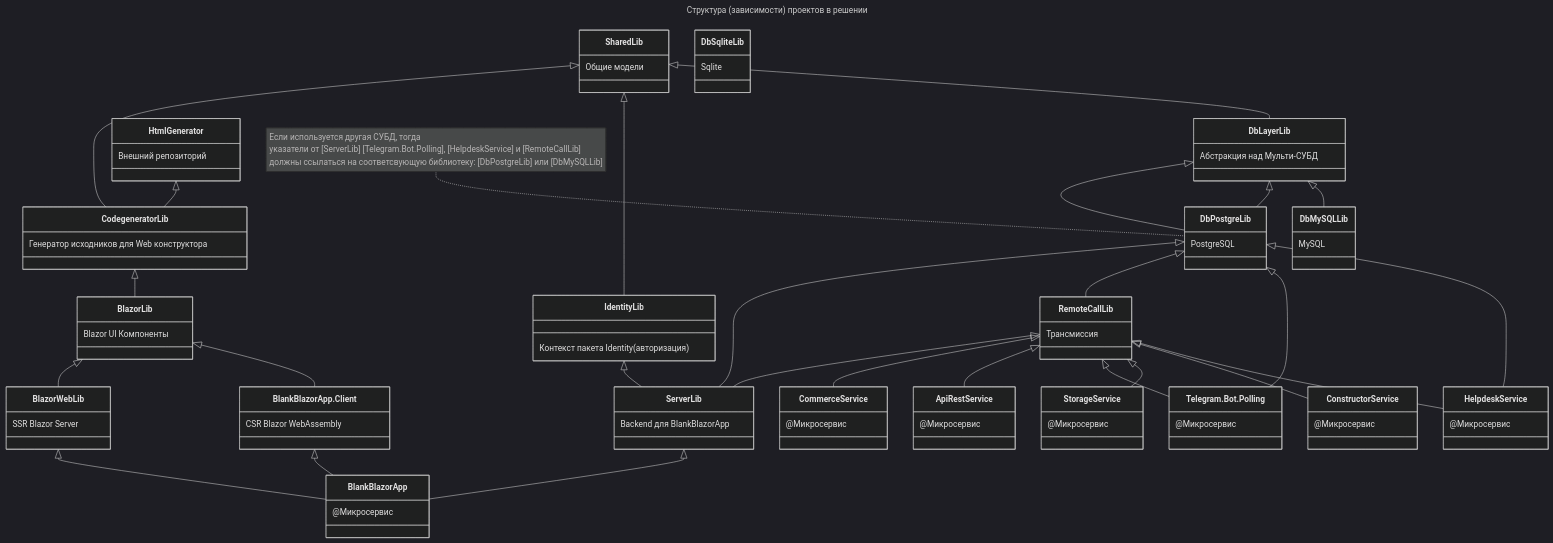
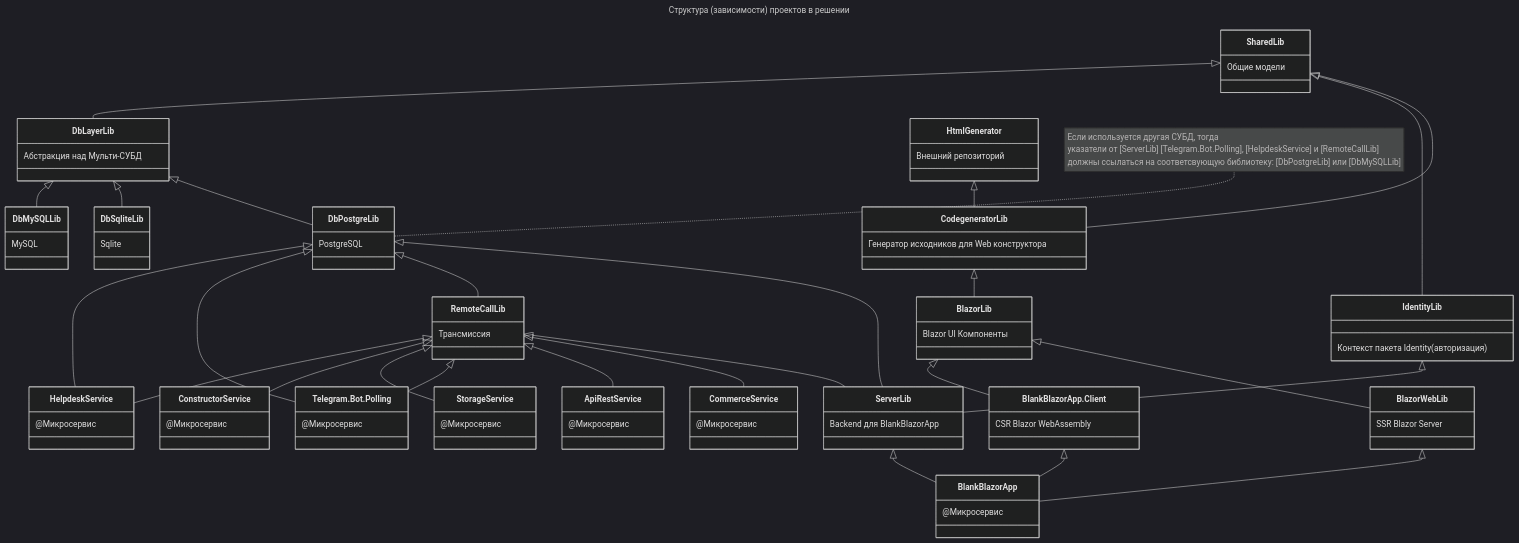
One commit to badhitman/DesignerApp changed the diagram in README.md. Above: the diagram before and after it, drawn with Mermaid (dark theme).

```diff
--- a/README.md
+++ b/README.md
@@ -29,7 +29,7 @@
     CodegeneratorLib <|-- BlazorLib
     HtmlGenerator <|-- CodegeneratorLib
     DbLayerLib <|-- DbPostgreLib
-    DbLayerLib <|-- DbPostgreLib
+    DbLayerLib <|-- DbSqliteLib
     DbLayerLib <|-- DbMySQLLib
 	DbPostgreLib <|-- RemoteCallLib
     BlankBlazorApp_Client  <|-- BlankBlazorApp
```
